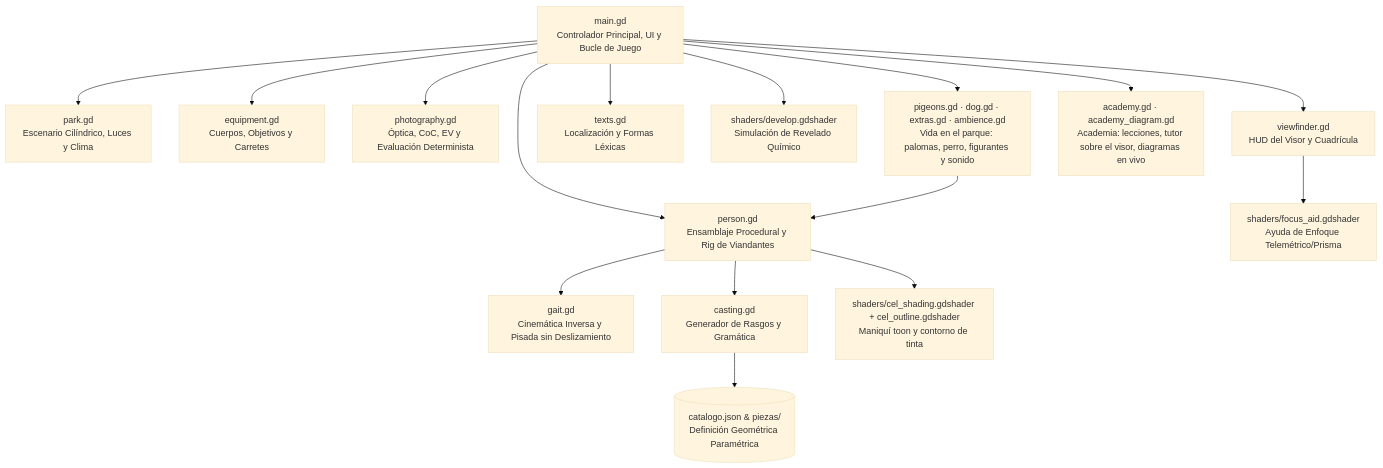
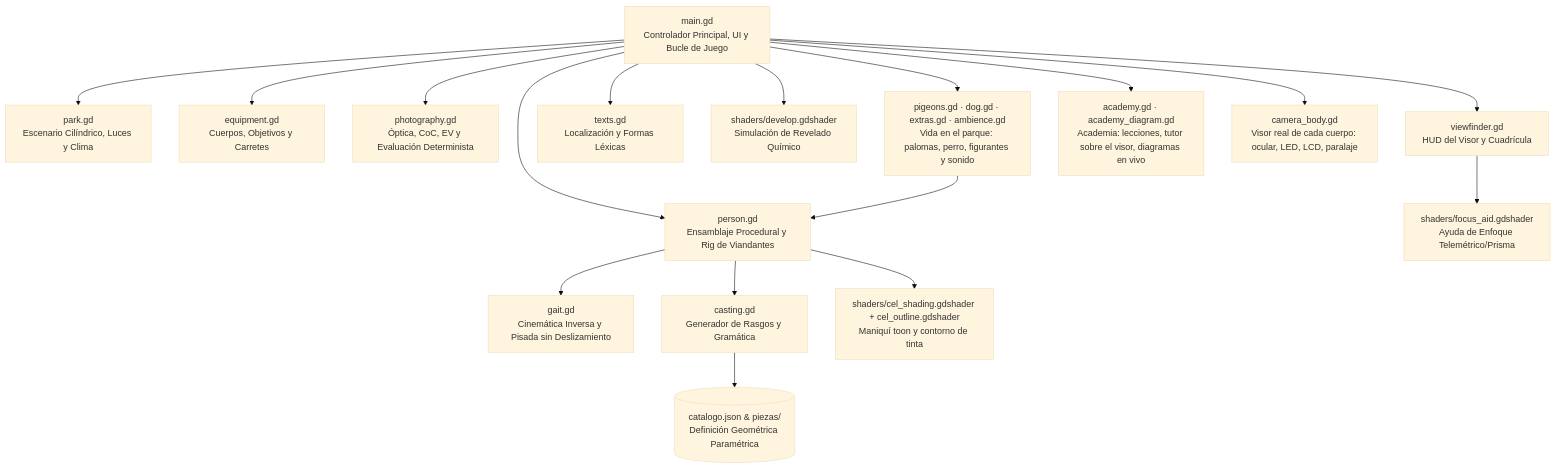
Before and after one commit to Ganso/proyecto-paparazzi: the first of 2 diagrams in docs/ARQUITECTURA.md, drawn with Mermaid (base theme). The commit also changed other lines of this file and 24 other files, not shown here.

````diff
--- a/docs/ARQUITECTURA.md
+++ b/docs/ARQUITECTURA.md
@@ -23,20 +23,21 @@
 ```mermaid
 graph TD
     A[main.gd<br/>Controlador Principal, UI y Bucle de Juego] --> B[park.gd<br/>Escenario Cilíndrico, Luces y Clima]
     A --> C[person.gd<br/>Ensamblaje Procedural y Rig de Viandantes]
     A --> D[equipment.gd<br/>Cuerpos, Objetivos y Carretes]
     A --> E[photography.gd<br/>Óptica, CoC, EV y Evaluación Determinista]
     A --> F[viewfinder.gd<br/>HUD del Visor y Cuadrícula]
     A --> G[texts.gd<br/>Localización y Formas Léxicas]
 
     C --> H[gait.gd<br/>Cinemática Inversa y Pisada sin Deslizamiento]
     C --> I[casting.gd<br/>Generador de Rasgos y Gramática]
     I --> J[(catalogo.json & piezas/<br/>Definición Geométrica Paramétrica)]
 
     A --> K[shaders/develop.gdshader<br/>Simulación de Revelado Químico]
     F --> L[shaders/focus_aid.gdshader<br/>Ayuda de Enfoque Telemétrico/Prisma]
     C --> M[shaders/cel_shading.gdshader + cel_outline.gdshader<br/>Maniquí toon y contorno de tinta]
     A --> N[pigeons.gd · dog.gd · extras.gd · ambience.gd<br/>Vida en el parque: palomas, perro, figurantes y sonido]
     A --> O[academy.gd · academy_diagram.gd<br/>Academia: lecciones, tutor sobre el visor, diagramas en vivo]
+    A --> P[camera_body.gd<br/>Visor real de cada cuerpo: ocular, LED, LCD, paralaje]
     N --> C
 ```
````
